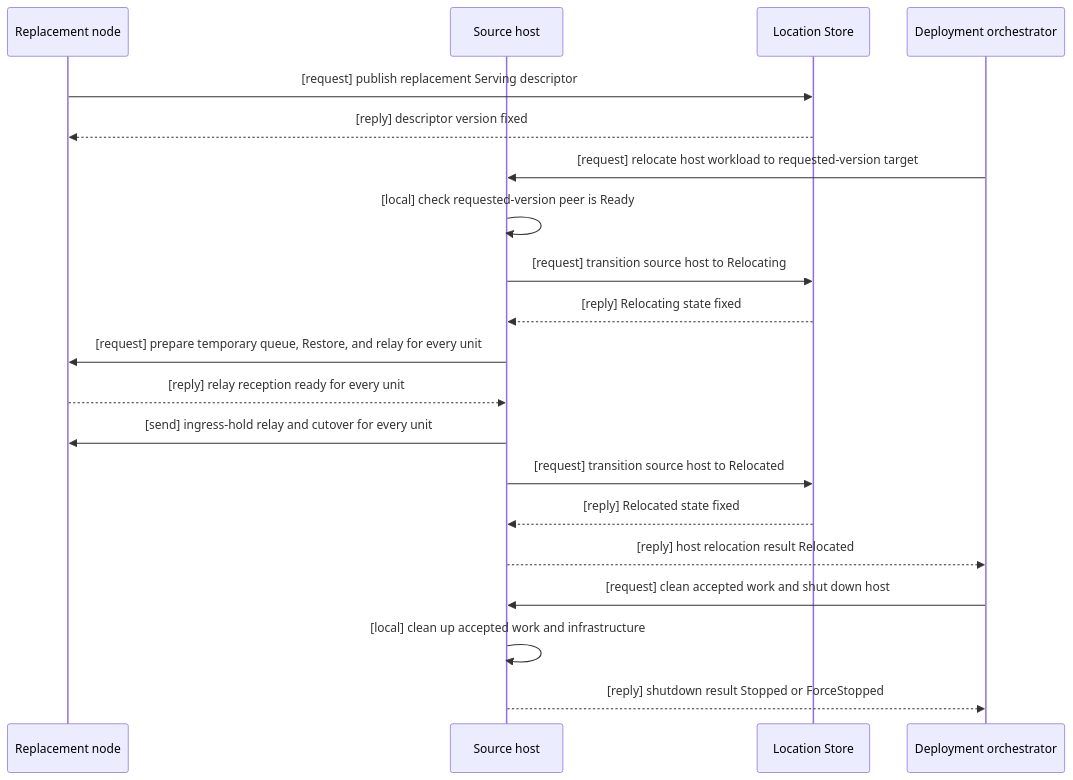
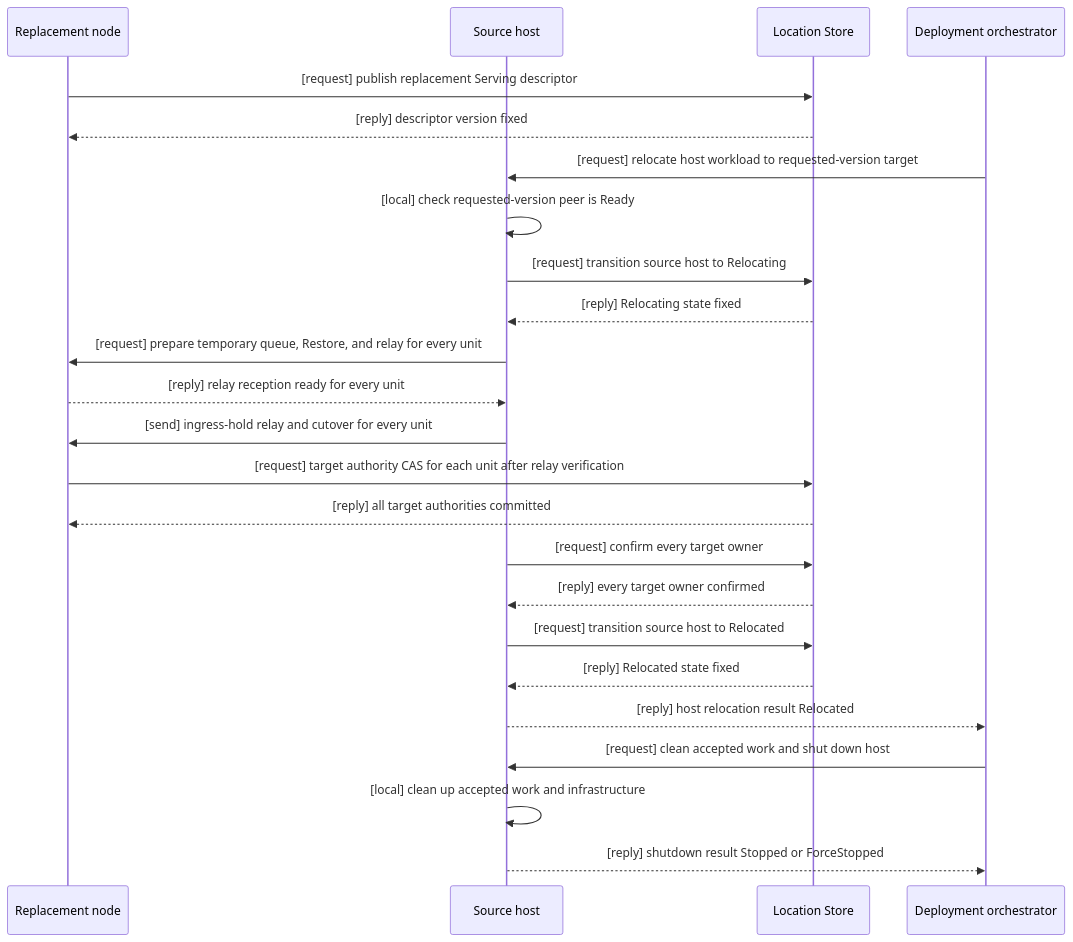
Before and after one commit to zlink-systems/zlink: the second of 3 diagrams in framework/doc/framework/common/spec/server/05-location-relocation/05-host-relocation-flow.en.md, drawn with Mermaid. The commit also changed other lines of this file and 73 other files, not shown here.

````diff
--- a/framework/doc/framework/common/spec/server/05-location-relocation/05-host-relocation-flow.en.md
+++ b/framework/doc/framework/common/spec/server/05-location-relocation/05-host-relocation-flow.en.md
@@ -339,23 +338,27 @@
 ```mermaid
 sequenceDiagram
     participant Target as Replacement node
     participant Source as Source host
     participant Store as Location Store
     participant App as Deployment orchestrator
 
     Target->>Store: [request] publish replacement Serving descriptor
     Store-->>Target: [reply] descriptor version fixed
     App->>Source: [request] relocate host workload to requested-version target
     Source->>Source: [local] check requested-version peer is Ready
     Source->>Store: [request] transition source host to Relocating
     Store-->>Source: [reply] Relocating state fixed
     Source->>Target: [request] prepare temporary queue, Restore, and relay for every unit
     Target-->>Source: [reply] relay reception ready for every unit
     Source->>Target: [send] ingress-hold relay and cutover for every unit
+    Target->>Store: [request] target authority CAS for each unit after relay verification
+    Store-->>Target: [reply] all target authorities committed
+    Source->>Store: [request] confirm every target owner
+    Store-->>Source: [reply] every target owner confirmed
     Source->>Store: [request] transition source host to Relocated
     Store-->>Source: [reply] Relocated state fixed
     Source-->>App: [reply] host relocation result Relocated
     App->>Source: [request] clean accepted work and shut down host
     Source->>Source: [local] clean up accepted work and infrastructure
     Source-->>App: [reply] shutdown result Stopped or ForceStopped
 ```
````
